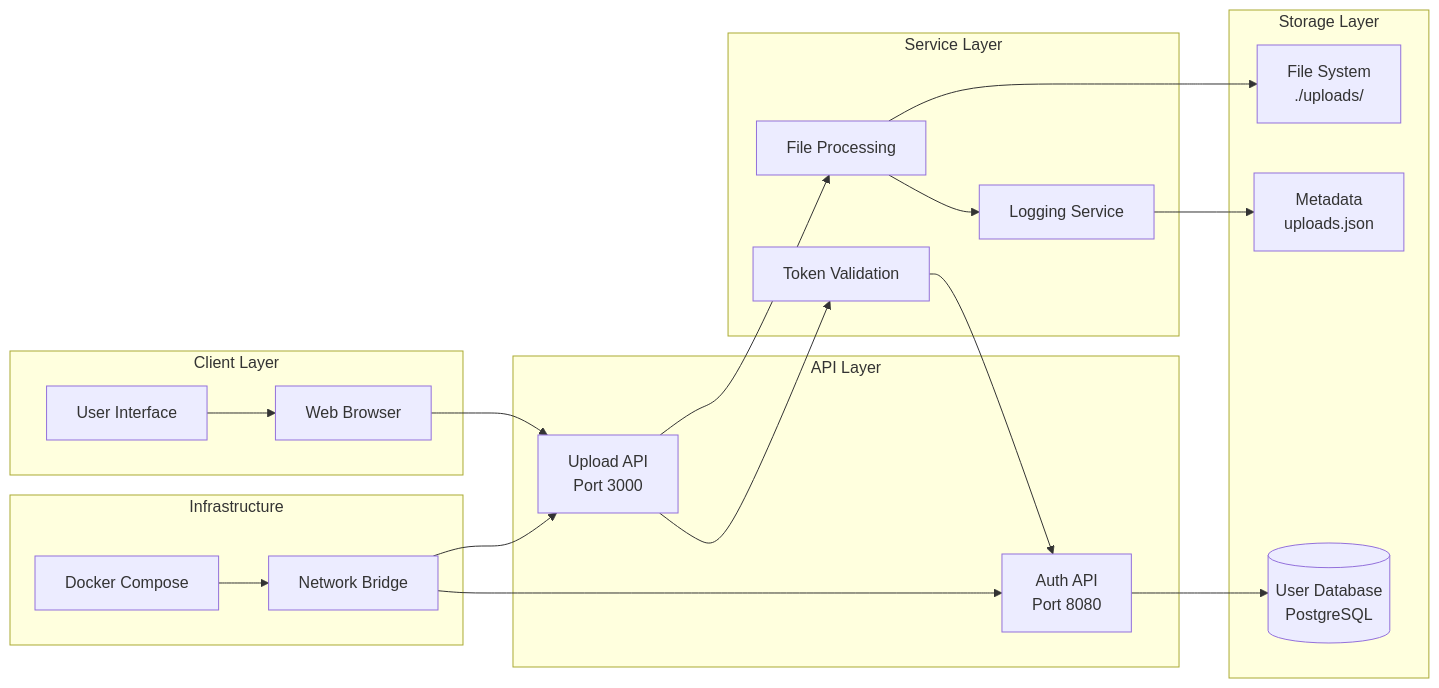
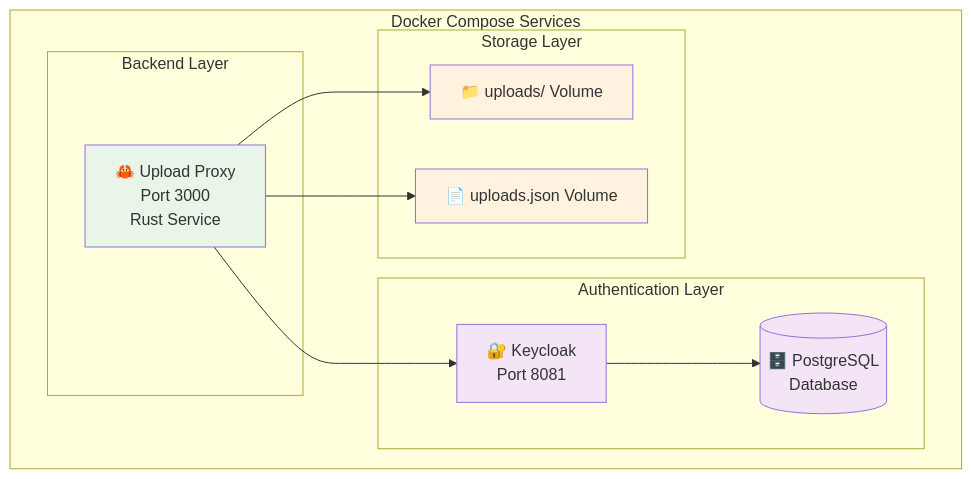
Before and after one commit to Guy-Ghis/file-uploader: the tenth of 10 diagrams in flow.md, drawn with Mermaid. The commit also changed other lines of this file, not shown here.

````diff
--- a/flow.md
+++ b/flow.md
@@ -119,45 +248,31 @@
 ```mermaid
-graph LR
-    subgraph "Client Layer"
-        UI[User Interface]
-        Browser[Web Browser]
+graph TB
+    subgraph "Docker Compose Services"
+        subgraph "Authentication Layer"
+            K[🔐 Keycloak<br/>Port 8081]
+            DB[(🗄️ PostgreSQL<br/>Database)]
+        end
+        
+        subgraph "Backend Layer"
+            R[🦀 Upload Proxy<br/>Port 3000<br/>Rust Service]
+        end
+        
+        subgraph "Storage Layer"
+            V1[📁 uploads/ Volume]
+            V2[📄 uploads.json Volume]
+        end
     end
     
-    subgraph "API Layer"
-        UploadAPI[Upload API<br/>Port 3000]
-        AuthAPI[Auth API<br/>Port 8080]
-    end
+    K --> DB
+    R --> K
+    R --> V1
+    R --> V2
     
-    subgraph "Service Layer"
-        TokenService[Token Validation]
-        FileService[File Processing]
-        LogService[Logging Service]
-    end
+    classDef auth fill:#f3e5f5
+    classDef backend fill:#e8f5e8
+    classDef storage fill:#fff3e0
     
-    subgraph "Storage Layer"
-        FileSystem[File System<br/>./uploads/]
-        MetadataDB[Metadata<br/>uploads.json]
-        UserDB[(User Database<br/>PostgreSQL)]
-    end
-    
-    subgraph "Infrastructure"
-        Docker[Docker Compose]
-        Network[Network Bridge]
-    end
-    
-    %% Connections
-    UI --> Browser
-    Browser --> UploadAPI
-    UploadAPI --> TokenService
-    TokenService --> AuthAPI
-    AuthAPI --> UserDB
-    
-    UploadAPI --> FileService
-    FileService --> FileSystem
-    FileService --> LogService
-    LogService --> MetadataDB
-    
-    Docker --> Network
-    Network --> UploadAPI
-    Network --> AuthAPI
+    class K,DB auth
+    class R backend
+    class V1,V2 storage
 ```
````
